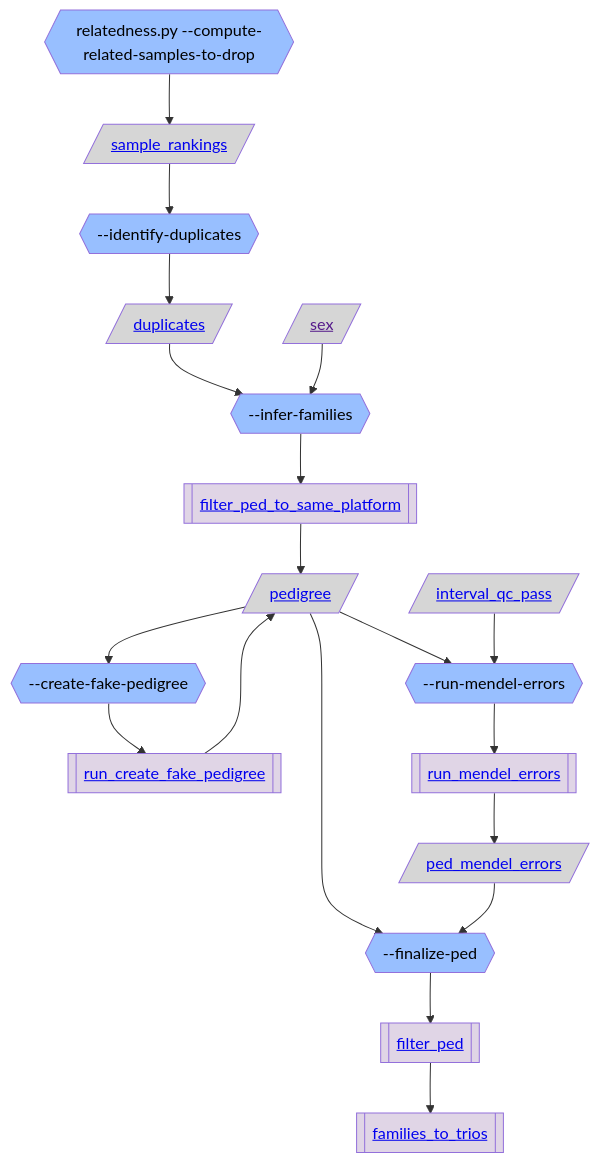
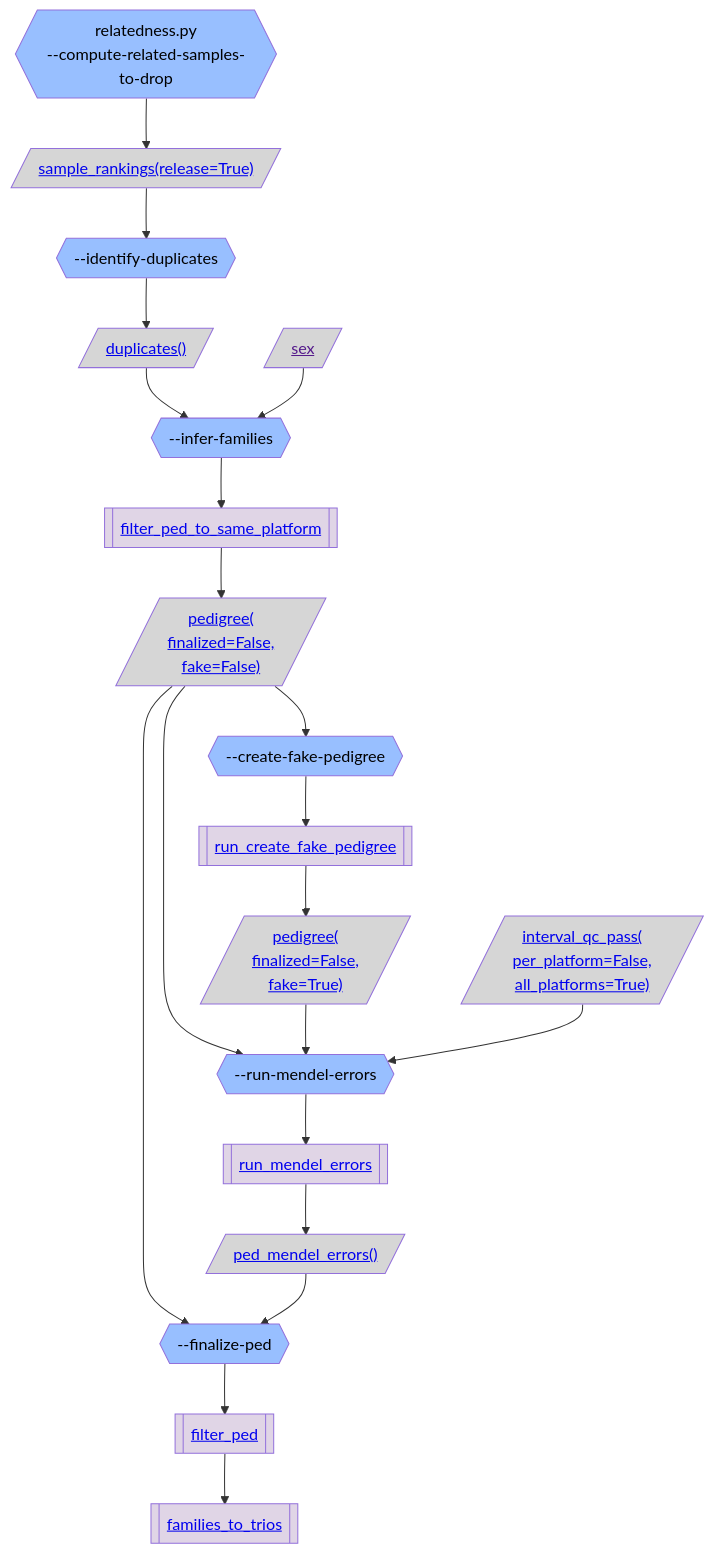
The fourth of 4 diagrams in gnomad_qc/v4/sample_qc/README.md (broadinstitute/gnomad_qc), drawn with Mermaid before and after one commit. The commit also changed other lines of this file and 3 other files, not shown here.

````diff
--- a/gnomad_qc/v4/sample_qc/README.md
+++ b/gnomad_qc/v4/sample_qc/README.md
@@ -328,46 +384,55 @@
 ```mermaid
 flowchart TB;
   classDef script_color fill:#2C5D4A,color:#000000
   classDef step_color fill:#98BFFF,color:#000000
   classDef func_color fill:#E0D5E6,color:#000000
   classDef gnomad_methods_color fill:#F9F2CE,color:#000000
   classDef hail_color fill:#FAEACE,color:#000000
   classDef resource_color fill:#D6D6D6,color:#000000
   classDef validity_check_color fill:#2C5D4A,color:#000000
 
-  step_compute_related_samples_to_drop{{"relatedness.py --compute-related-samples-to-drop"}}:::step_color;
-  resource_sample_rankings[/"<a href='https://github.com/broadinstitute/gnomad_qc/tree/main/gnomad_qc/v4/resources/sample_qc.py#L547'>sample_rankings</a>"/]:::resource_color;
+  step_compute_related_samples_to_drop{{"relatedness.py
+--compute-related-samples-to-drop"}}:::step_color;
+  resource_sample_rankings_release_True[/"<a href='https://github.com/broadinstitute/gnomad_qc/tree/main/gnomad_qc/v4/resources/sample_qc.py#L547'>sample_rankings(release=True)</a>"/]:::resource_color;
   step_identify_duplicates{{"--identify-duplicates"}}:::step_color;
-  resource_duplicates[/"<a href='https://github.com/broadinstitute/gnomad_qc/tree/main/gnomad_qc/v4/resources/sample_qc.py#L895'>duplicates</a>"/]:::resource_color;
+  resource_duplicates_[/"<a href='https://github.com/broadinstitute/gnomad_qc/tree/main/gnomad_qc/v4/resources/sample_qc.py#L895'>duplicates()</a>"/]:::resource_color;
   step_infer_families{{"--infer-families"}}:::step_color;
   func_filter_ped_to_same_platform[["<a href='https://github.com/broadinstitute/gnomad_qc/tree/main/gnomad_qc/v4/sample_qc/identify_trios.py#L188'>filter_ped_to_same_platform</a>"]]:::func_color;
   resource_sex[/"<a href=''>sex</a>"/]:::resource_color;
-  resource_pedigree[/"<a href='https://github.com/broadinstitute/gnomad_qc/tree/main/gnomad_qc/v4/resources/sample_qc.py#L913'>pedigree</a>"/]:::resource_color;
+  resource_pedigree_finalized_False_fake_False[/"<a href='https://github.com/broadinstitute/gnomad_qc/tree/main/gnomad_qc/v4/resources/sample_qc.py#L913'>pedigree(
+finalized=False,
+fake=False)</a>"/]:::resource_color;
   step_create_fake_pedigree{{"--create-fake-pedigree"}}:::step_color;
   func_run_create_fake_pedigree[["<a href='https://github.com/broadinstitute/gnomad_qc/tree/main/gnomad_qc/v4/sample_qc/identify_trios.py#L105'>run_create_fake_pedigree</a>"]]:::func_color;
   step_run_mendel_errors{{"--run-mendel-errors"}}:::step_color;
   func_run_mendel_errors[["<a href='https://github.com/broadinstitute/gnomad_qc/tree/main/gnomad_qc/v4/sample_qc/identify_trios.py#L140'>run_mendel_errors</a>"]]:::func_color;
-  resource_interval_qc_pass[/"<a href='https://github.com/broadinstitute/gnomad_qc/tree/main/gnomad_qc/v4/resources/sample_qc.py#L306'>interval_qc_pass</a>"/]:::resource_color;
+  resource_pedigree_finalized_False_fake_True[/"<a href='https://github.com/broadinstitute/gnomad_qc/tree/main/gnomad_qc/v4/resources/sample_qc.py#L913'>pedigree(
+finalized=False,
+fake=True)</a>"/]:::resource_color;
+  resource_interval_qc_pass_per_platform_False_all_platforms_True[/"<a href='https://github.com/broadinstitute/gnomad_qc/tree/main/gnomad_qc/v4/resources/sample_qc.py#L306'>interval_qc_pass(
+per_platform=False,
+all_platforms=True)</a>"/]:::resource_color;
   step_finalize_ped{{"--finalize-ped"}}:::step_color;
   func_filter_ped[["<a href='https://github.com/broadinstitute/gnomad_qc/tree/main/gnomad_qc/v4/sample_qc/identify_trios.py#L218'>filter_ped</a>"]]:::func_color;
   func_families_to_trios[["<a href='https://github.com/broadinstitute/gnomad_qc/tree/main/gnomad_qc/v4/sample_qc/identify_trios.py#L46'>families_to_trios</a>"]]:::func_color;
-  resource_ped_mendel_errors[/"<a href='https://github.com/broadinstitute/gnomad_qc/tree/main/gnomad_qc/v4/resources/sample_qc.py#L966'>ped_mendel_errors</a>"/]:::resource_color;
-  step_compute_related_samples_to_drop --> resource_sample_rankings;
-  resource_sample_rankings --> step_identify_duplicates;
-  step_identify_duplicates --> resource_duplicates;
-  resource_duplicates --> step_infer_families;
+  resource_ped_mendel_errors_[/"<a href='https://github.com/broadinstitute/gnomad_qc/tree/main/gnomad_qc/v4/resources/sample_qc.py#L966'>ped_mendel_errors()</a>"/]:::resource_color;
+  step_compute_related_samples_to_drop --> resource_sample_rankings_release_True;
+  resource_sample_rankings_release_True --> step_identify_duplicates;
+  step_identify_duplicates --> resource_duplicates_;
+  resource_duplicates_ --> step_infer_families;
   step_infer_families --> func_filter_ped_to_same_platform;
   resource_sex --> step_infer_families;
-  func_filter_ped_to_same_platform --> resource_pedigree;
-  resource_pedigree --> step_create_fake_pedigree;
+  func_filter_ped_to_same_platform --> resource_pedigree_finalized_False_fake_False;
+  resource_pedigree_finalized_False_fake_False --> step_create_fake_pedigree;
   step_create_fake_pedigree --> func_run_create_fake_pedigree;
-  resource_pedigree --> step_run_mendel_errors;
+  resource_pedigree_finalized_False_fake_False --> step_run_mendel_errors;
   step_run_mendel_errors --> func_run_mendel_errors;
-  func_run_create_fake_pedigree --> resource_pedigree;
-  resource_interval_qc_pass --> step_run_mendel_errors;
-  resource_pedigree --> step_finalize_ped;
+  func_run_create_fake_pedigree --> resource_pedigree_finalized_False_fake_True;
+  resource_pedigree_finalized_False_fake_True --> step_run_mendel_errors;
+  resource_interval_qc_pass_per_platform_False_all_platforms_True --> step_run_mendel_errors;
+  resource_pedigree_finalized_False_fake_False --> step_finalize_ped;
   step_finalize_ped --> func_filter_ped;
   func_filter_ped --> func_families_to_trios;
-  func_run_mendel_errors --> resource_ped_mendel_errors;
-  resource_ped_mendel_errors --> step_finalize_ped;
+  func_run_mendel_errors --> resource_ped_mendel_errors_;
+  resource_ped_mendel_errors_ --> step_finalize_ped;
 ```
````
